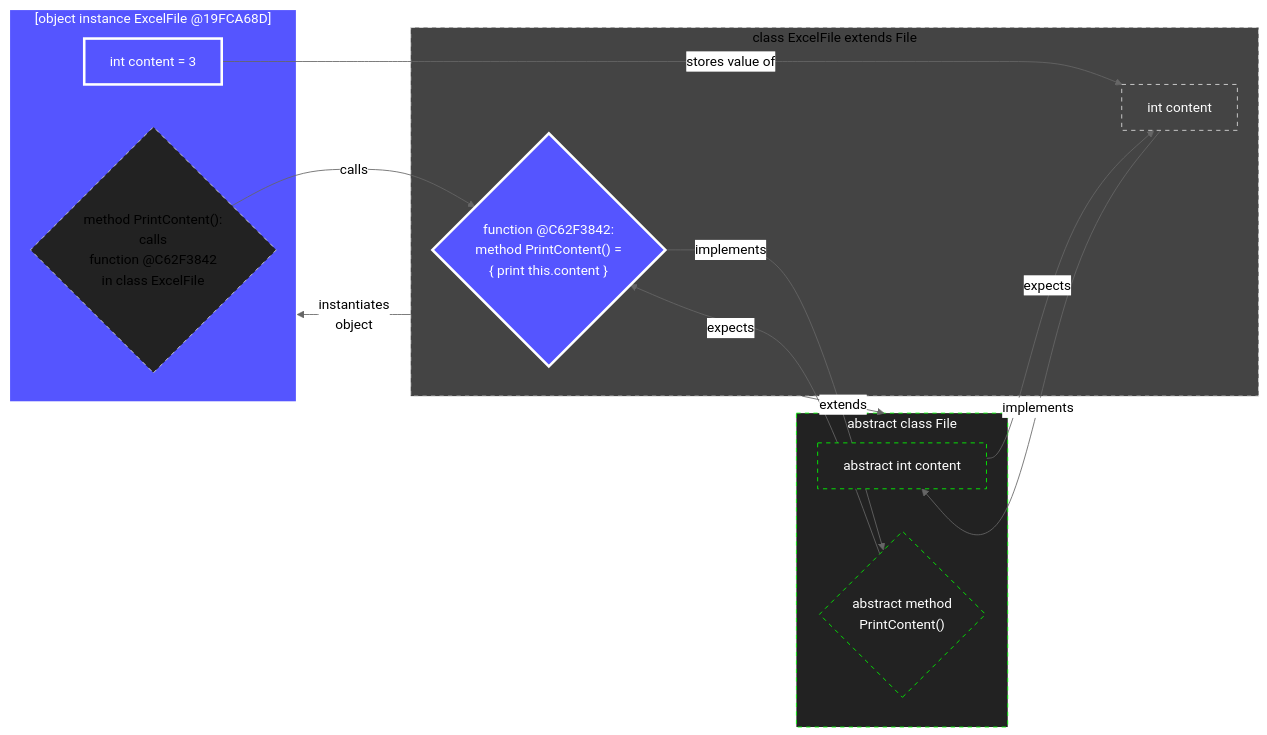
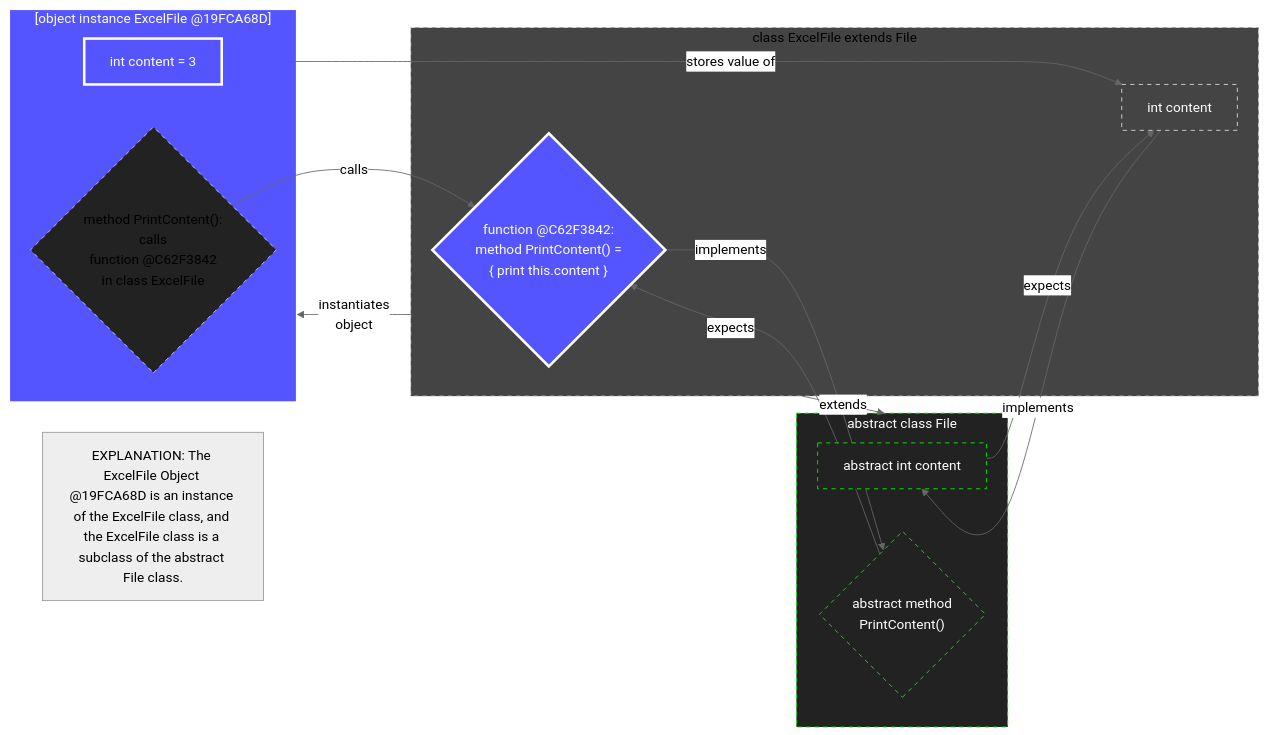
One commit to realityexpander/How_to_program_from_ground_up changed the sixth of 7 diagrams in 09-ClassOrientedProgramming.md. Above: the diagram before and after it, drawn with Mermaid (neutral theme). The commit also changed other lines of this file, not shown here.

````diff
--- a/09-ClassOrientedProgramming.md
+++ b/09-ClassOrientedProgramming.md
@@ -572,43 +581,45 @@
   ```mermaid
     flowchart LR
   
     ExcelFileObjectPrintContentMethodFunctionPointer -- calls --> ExcelFileClassPrintContentMethod:::Object
     ExcelFileObjectAgeInt -- stores value of --> ExcelFileClassAgeInt
     subgraph ExcelFileObject["[object instance ExcelFile @19FCA68D]"]
         ExcelFileObjectAgeInt["int content = 3"]
         ExcelFileObjectPrintContentMethodFunctionPointer{"method PrintContent(): 
                                            calls 
                                      function @C62F3842
                                      in class ExcelFile"}
     end
     subgraph classExcelFile["class ExcelFile extends File"]
         ExcelFileClassAgeInt["int content"]
         ExcelFileClassPrintContentMethod{"function @C62F3842:  
                     method PrintContent() =
                     { print this.content }"}
     end
     abstractAgeInt -- expects --> ExcelFileClassAgeInt
     abstractPrintContentMethod -- expects --> ExcelFileClassPrintContentMethod:::Object
     ExcelFileClassAgeInt -- implements --> abstractAgeInt:::Abstract
   
+    note["`EXPLANATION: The ExcelFile Object @19FCA68D is an instance of the ExcelFile class, and the ExcelFile class is a subclass of the abstract File class.`"]
+    
     classExcelFile -- "instantiates 
                        object" --> ExcelFileObject:::Object
     classExcelFile -- extends --> abstractFile:::Abstract
     ExcelFileClassPrintContentMethod -- implements --> abstractPrintContentMethod:::Abstract
     subgraph abstractFile["abstract class File"]
       abstractAgeInt["abstract int content"]
       abstractPrintContentMethod{"abstract method 
                                PrintContent()"}
     end
   
     classDef Abstract fill:#222, stroke:#0F0, stroke-width:1px, color:#fff, stroke-dasharray: 5 5
     
     classDef Class fill:#444, stroke:#00F, stroke-width:1px, color:#000, stroke-dasharray: 5 5
     %% For nodes that are the source of a link, the style must be defined in the link, not the classDef. 
     style classExcelFile fill:#444, stroke:#DDD, stroke-width:1px, color:#000, stroke-dasharray: 5 5
     style ExcelFileClassAgeInt fill:#444, stroke:#DDD, stroke-width:1px, color:#FFF, stroke-dasharray: 5 5
     
     classDef Object fill:#55F, stroke:#FFF, stroke-width:3px, color:#fff
     style ExcelFileObjectAgeInt fill:#55F, stroke:#FFF, stroke-width:3px, color:#fff
     style ExcelFileObjectPrintContentMethodFunctionPointer fill:#222, stroke:#DDD, stroke-width:1px, color:#000, stroke-dasharray: 5 5
   ```
````
